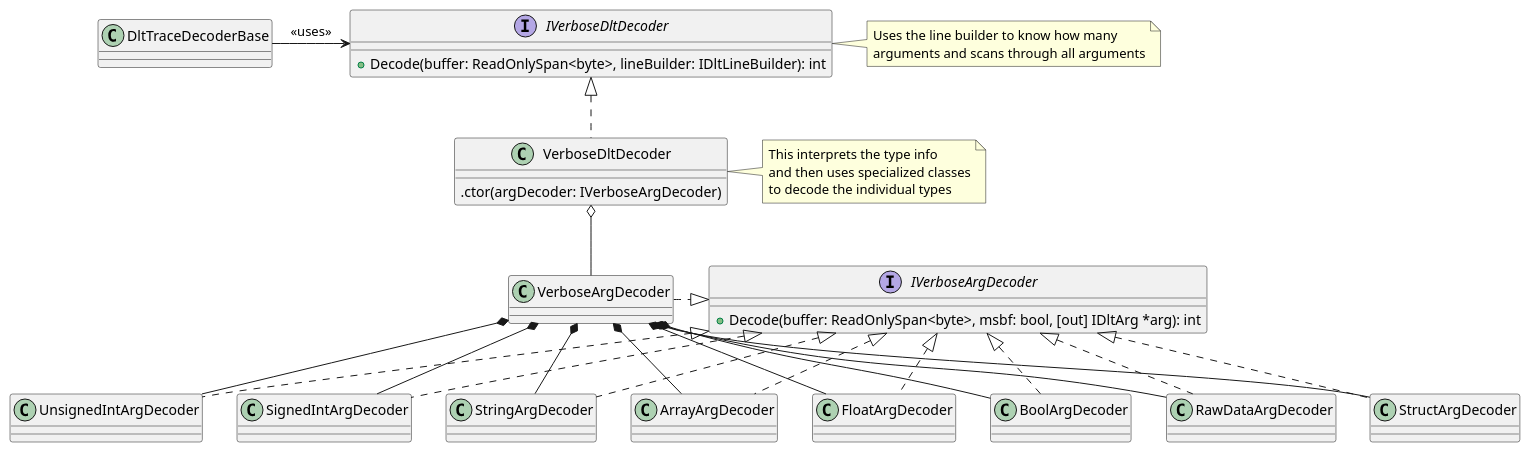
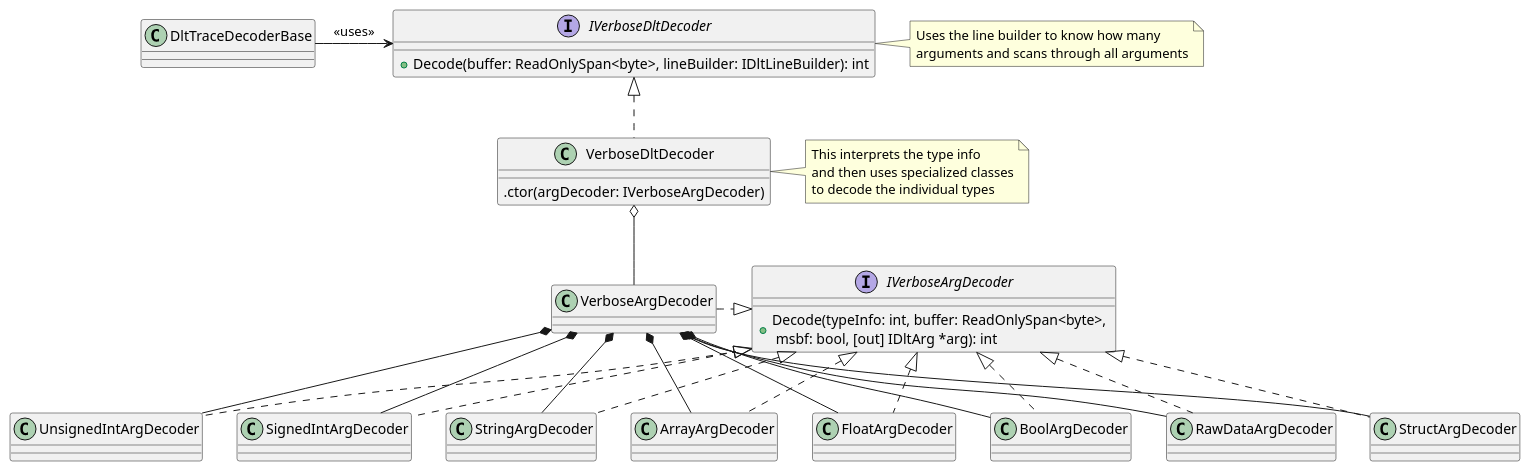
The diagram in TraceReader.Dlt/docs/diagrams/DLT.DecoderVerboseClass.plantuml (jcurl/RJCP.DLL.Log), drawn with PlantUML before and after one commit. The commit also changed 24 other files, not shown here.

```diff
--- a/TraceReader.Dlt/docs/diagrams/DLT.DecoderVerboseClass.plantuml
+++ b/TraceReader.Dlt/docs/diagrams/DLT.DecoderVerboseClass.plantuml
@@ -1,56 +1,56 @@
 @startuml DLT.DecoderVerboseClass
 class DltTraceDecoderBase
 DltTraceDecoderBase -r-> IVerboseDltDecoder : <<uses>>
 
 interface IVerboseDltDecoder {
     +Decode(buffer: ReadOnlySpan<byte>, lineBuilder: IDltLineBuilder): int
 }
 note right
     Uses the line builder to know how many
     arguments and scans through all arguments
 end note
 
 class VerboseDltDecoder {
     .ctor(argDecoder: IVerboseArgDecoder)
 }
 note right
     This interprets the type info
     and then uses specialized classes
     to decode the individual types
 end note
 IVerboseDltDecoder <|.d. VerboseDltDecoder
 
 interface IVerboseArgDecoder {
-    +Decode(buffer: ReadOnlySpan<byte>, msbf: bool, [out] IDltArg *arg): int
+    +Decode(typeInfo: int, buffer: ReadOnlySpan<byte>, \n msbf: bool, [out] IDltArg *arg): int
 }
 
 class BoolArgDecoder
 class SignedIntArgDecoder
 class UnsignedIntArgDecoder
 class FloatArgDecoder
 class StringArgDecoder
 class RawDataArgDecoder
 class ArrayArgDecoder
 class StructArgDecoder
 
 IVerboseArgDecoder <|.d. BoolArgDecoder
 IVerboseArgDecoder <|.d. SignedIntArgDecoder
 IVerboseArgDecoder <|.d. UnsignedIntArgDecoder
 IVerboseArgDecoder <|.d. FloatArgDecoder
 IVerboseArgDecoder <|.d. StringArgDecoder
 IVerboseArgDecoder <|.d. RawDataArgDecoder
 IVerboseArgDecoder <|.d. ArrayArgDecoder
 IVerboseArgDecoder <|.d. StructArgDecoder
 
 VerboseDltDecoder o-d- VerboseArgDecoder
 
 IVerboseArgDecoder <|.l. VerboseArgDecoder
 VerboseArgDecoder *-- BoolArgDecoder
 VerboseArgDecoder *-- SignedIntArgDecoder
 VerboseArgDecoder *-- UnsignedIntArgDecoder
 VerboseArgDecoder *-- FloatArgDecoder
 VerboseArgDecoder *-- StringArgDecoder
 VerboseArgDecoder *-- RawDataArgDecoder
 VerboseArgDecoder *-- ArrayArgDecoder
 VerboseArgDecoder *-- StructArgDecoder
 @enduml
```
